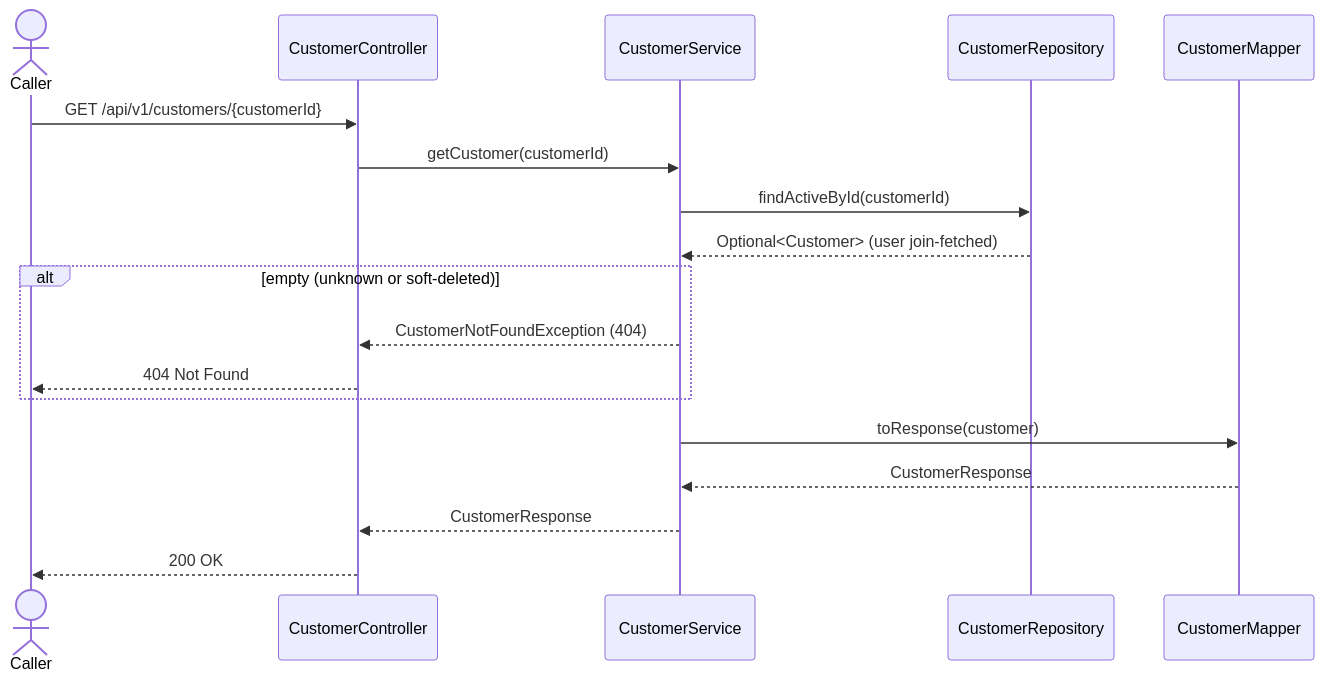
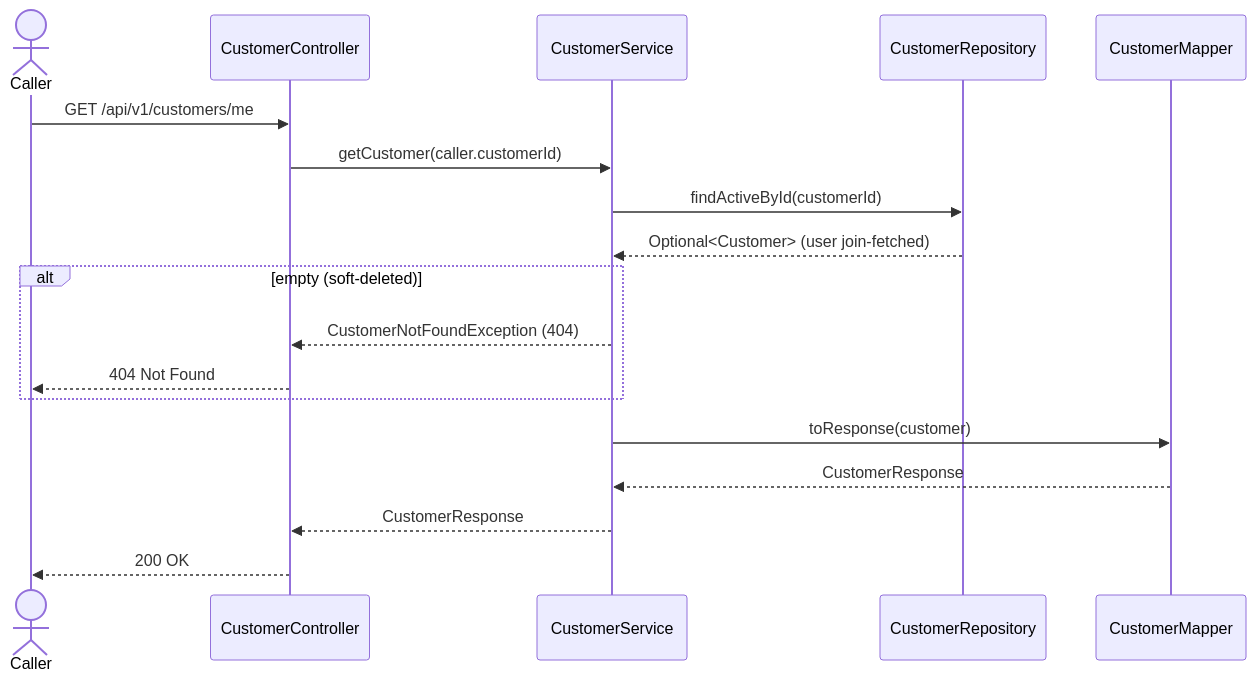
The diagram in restaurant/.docs/use-cases/customer-management/get-customer/get-customer.md (msmohammed0077-cmd/mentorship-restaurant), drawn with Mermaid before and after one commit. The commit also changed other lines of this file and 25 other files, not shown here.

````diff
--- a/restaurant/.docs/use-cases/customer-management/get-customer/get-customer.md
+++ b/restaurant/.docs/use-cases/customer-management/get-customer/get-customer.md
@@ -99,21 +101,21 @@
 ```mermaid
 sequenceDiagram
     actor Caller
     participant C as CustomerController
     participant H as CustomerService
     participant CR as CustomerRepository
     participant M as CustomerMapper
 
-    Caller->>C: GET /api/v1/customers/{customerId}
-    C->>H: getCustomer(customerId)
+    Caller->>C: GET /api/v1/customers/me
+    C->>H: getCustomer(caller.customerId)
     H->>CR: findActiveById(customerId)
     CR-->>H: Optional<Customer> (user join-fetched)
-    alt empty (unknown or soft-deleted)
+    alt empty (soft-deleted)
         H-->>C: CustomerNotFoundException (404)
         C-->>Caller: 404 Not Found
     end
     H->>M: toResponse(customer)
     M-->>H: CustomerResponse
     H-->>C: CustomerResponse
     C-->>Caller: 200 OK
 ```
````
